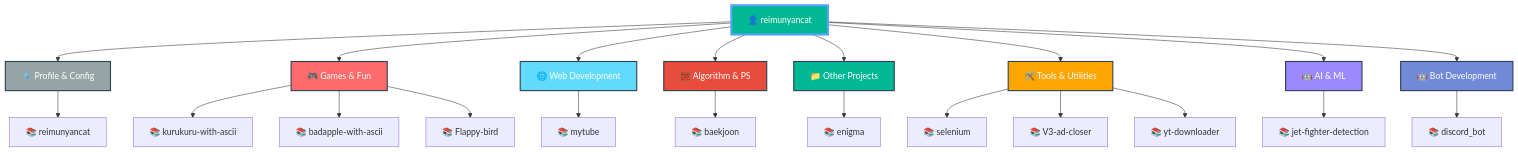
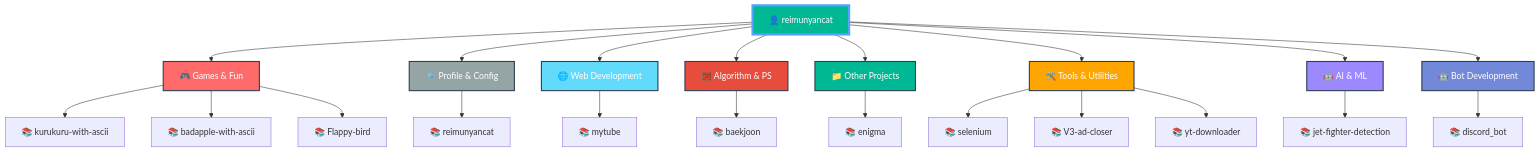
The diagram in README.md (reimunyancat/reimunyancat), drawn with Mermaid before and after one commit.

Commit message:
🤖 Auto-update README with latest repositories

````diff
--- a/README.md
+++ b/README.md
@@ -159,42 +159,42 @@
 ```mermaid
 graph TD
   A[👤 reimunyancat]
 
-  A --> CAT0[⚙️ Profile & Config]
-  CAT0 --> CAT0_0[📚 reimunyancat]
+  A --> CAT0[🎮 Games & Fun]
+  CAT0 --> CAT0_0[📚 kurukuru-with-ascii]
+  CAT0 --> CAT0_1[📚 badapple-with-ascii]
+  CAT0 --> CAT0_2[📚 Flappy-bird]
 
-  A --> CAT1[🎮 Games & Fun]
-  CAT1 --> CAT1_0[📚 kurukuru-with-ascii]
-  CAT1 --> CAT1_1[📚 badapple-with-ascii]
-  CAT1 --> CAT1_2[📚 Flappy-bird]
+  A --> CAT1[⚙️ Profile & Config]
+  CAT1 --> CAT1_0[📚 reimunyancat]
 
   A --> CAT2[🌐 Web Development]
   CAT2 --> CAT2_0[📚 mytube]
 
   A --> CAT3[🧮 Algorithm & PS]
   CAT3 --> CAT3_0[📚 baekjoon]
 
   A --> CAT4[📁 Other Projects]
   CAT4 --> CAT4_0[📚 enigma]
 
   A --> CAT5[🛠️ Tools & Utilities]
   CAT5 --> CAT5_0[📚 selenium]
   CAT5 --> CAT5_1[📚 V3-ad-closer]
   CAT5 --> CAT5_2[📚 yt-downloader]
 
   A --> CAT6[🤖 AI & ML]
   CAT6 --> CAT6_0[📚 jet-fighter-detection]
 
   A --> CAT7[🤖 Bot Development]
   CAT7 --> CAT7_0[📚 discord_bot]
 
   style A fill:#00b894,stroke:#55a3ff,stroke-width:4px,color:#fff
-  style CAT0 fill:#95a5a6,stroke:#2c3e50,stroke-width:2px,color:#fff
-  style CAT1 fill:#ff6b6b,stroke:#2c3e50,stroke-width:2px,color:#fff
+  style CAT0 fill:#ff6b6b,stroke:#2c3e50,stroke-width:2px,color:#fff
+  style CAT1 fill:#95a5a6,stroke:#2c3e50,stroke-width:2px,color:#fff
   style CAT2 fill:#61dafb,stroke:#2c3e50,stroke-width:2px,color:#fff
   style CAT3 fill:#e74c3c,stroke:#2c3e50,stroke-width:2px,color:#fff
   style CAT4 fill:#00b894,stroke:#2c3e50,stroke-width:2px,color:#fff
   style CAT5 fill:#ffa500,stroke:#2c3e50,stroke-width:2px,color:#fff
   style CAT6 fill:#9c88ff,stroke:#2c3e50,stroke-width:2px,color:#fff
   style CAT7 fill:#7289da,stroke:#2c3e50,stroke-width:2px,color:#fff
 ```
````
